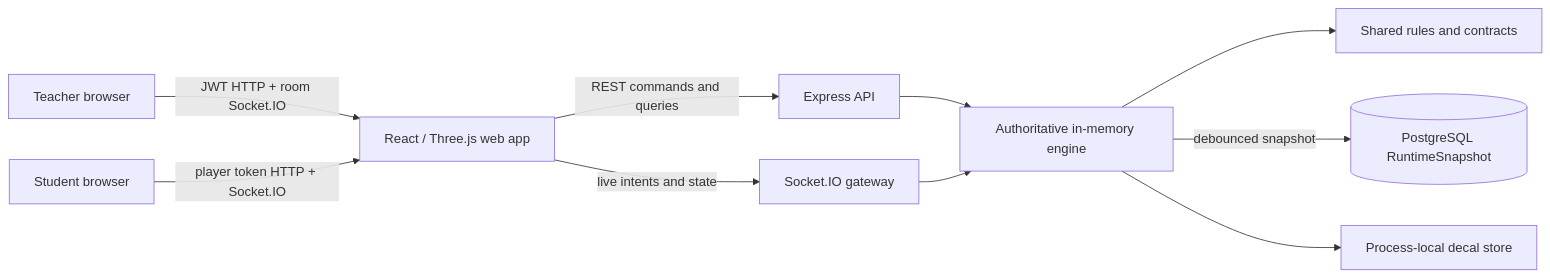
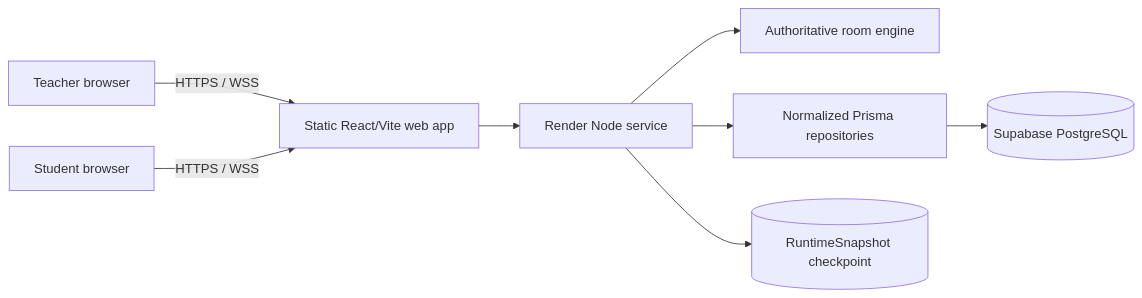
One commit to susume/GyakutenEigo changed the first of 2 diagrams in architecture.md. Above: the diagram before and after it, drawn with Mermaid. The commit also changed other lines of this file and 4 other files, not shown here.

Commit message:
architecture

````diff
--- a/architecture.md
+++ b/architecture.md
@@ -15,12 +22,10 @@
-```mermaid
+~~~mermaid
 flowchart LR
-    T["Teacher browser"] -->|JWT HTTP + room Socket.IO| W["React / Three.js web app"]
-    S["Student browser"] -->|player token HTTP + Socket.IO| W
-    W -->|REST commands and queries| API["Express API"]
-    W -->|live intents and state| IO["Socket.IO gateway"]
-    API --> E["Authoritative in-memory engine"]
-    IO --> E
-    E --> K["Shared rules and contracts"]
-    E -->|debounced snapshot| DB[("PostgreSQL RuntimeSnapshot")]
-    E --> D["Process-local decal store"]
-```
+  T[Teacher browser] -->|HTTPS / WSS| W[Static React/Vite web app]
+  S[Student browser] -->|HTTPS / WSS| W
+  W --> R[Render Node service]
+  R --> E[Authoritative room engine]
+  R --> N[Normalized Prisma repositories]
+  N --> P[(Supabase PostgreSQL)]
+  R --> C[(RuntimeSnapshot checkpoint)]
+~~~
````
